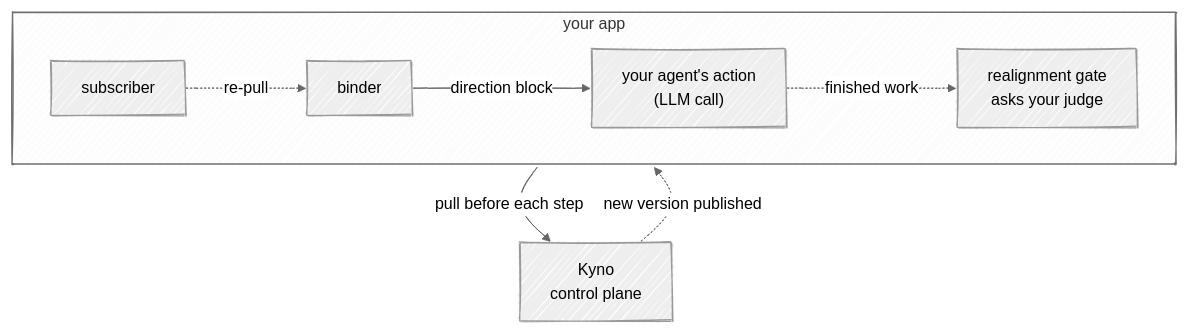
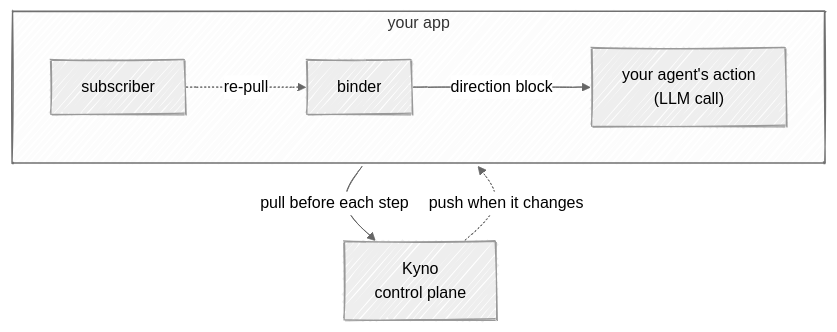
Before and after one commit to cizambra/kyno: the first of 2 diagrams in docs/adapters.md, drawn with Mermaid.

Commit message:
The loop diagram draws the loop, nothing else

````diff
--- a/docs/adapters.md
+++ b/docs/adapters.md
@@ -43,19 +43,18 @@
 ```mermaid
 ---
 config:
   look: handDrawn
   theme: neutral
   flowchart:
     useMaxWidth: false
 ---
 flowchart TB
   KY["Kyno<br/>control plane"]
   subgraph APP["your app"]
     direction LR
     SUB["subscriber"] -. "re-pull" .-> BN["binder"]
-    BN -- "direction block" --> STEP["your agent's action<br/>(LLM call)"]
-    STEP -. "finished work" .-> GATE["realignment gate<br/>asks your judge"]
+    BN -- "direction block" --> ACT["your agent's action<br/>(LLM call)"]
   end
   APP -- "pull before each step" --> KY
-  KY -. "new version published" .-> APP
+  KY -. "push when it changes" .-> APP
 ```
````
